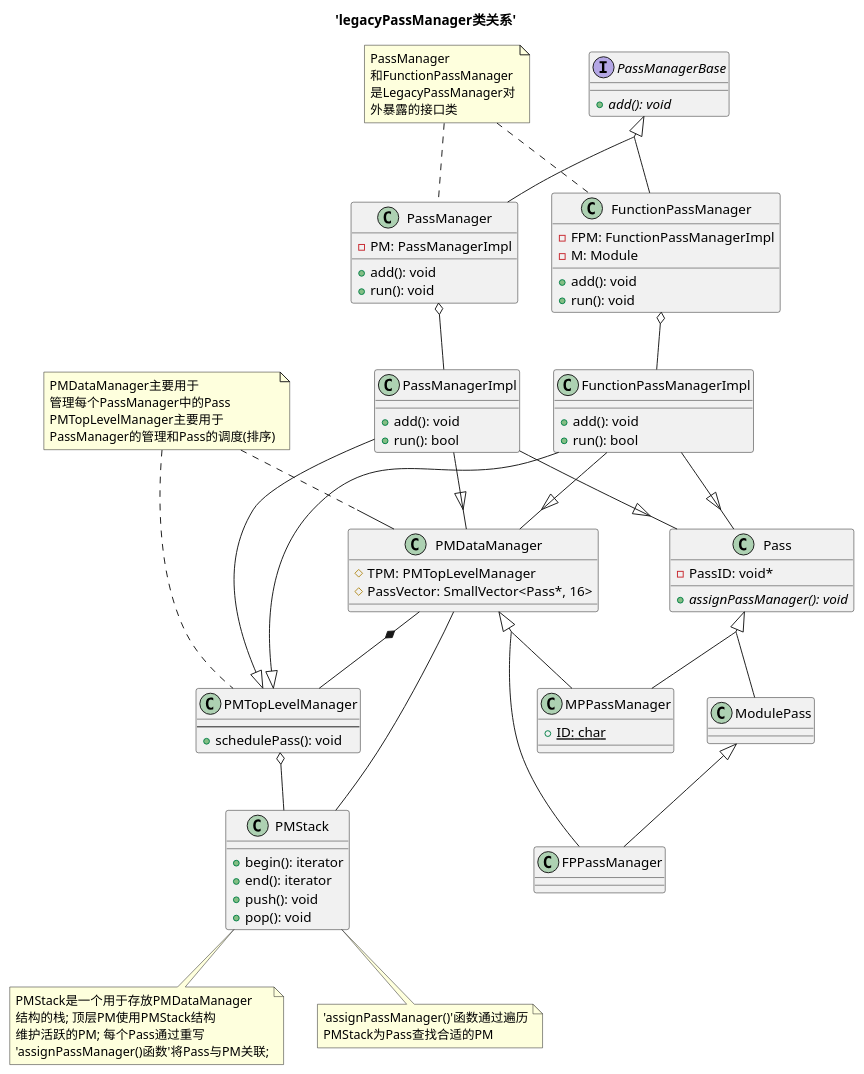
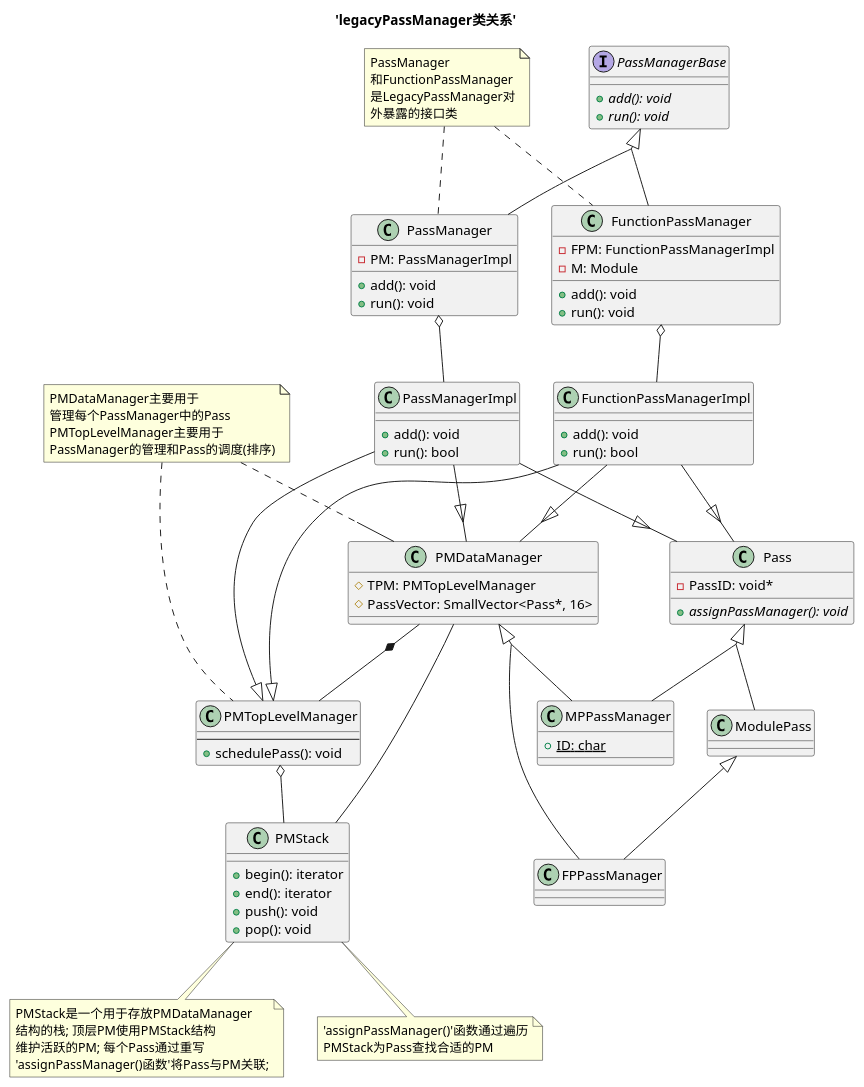
Before and after one commit to Jayson-du/ZPU_summary: the diagram in chapter_2/plantuml/inheritance.wsd, drawn with PlantUML. The commit also changed 1 other file, not shown here.

```diff
--- a/chapter_2/plantuml/inheritance.wsd
+++ b/chapter_2/plantuml/inheritance.wsd
@@ -1,165 +1,166 @@
 @startuml
 
 title 'legacyPassManager类关系'
 
 skinparam groupInheritance 2
 
 top to bottom direction
 
 ' 类定义
 
 ' Pass管理器抽象接口
 interface PassManagerBase {
   {abstract} +add(): void
+  {abstract} +run(): void
 }
 
 together {
 
   ' legacy PassManager管理FunctionPass
   class FunctionPassManager {
     + add(): void
     + run(): void
     - FPM: FunctionPassManagerImpl
     - M: Module
   }
 
   ' legacy PassManager管理ModulePassManager
   class PassManager {
     + add(): void
     + run(): void
     - PM: PassManagerImpl
   }
 
 }
 
 together {
 
   class PassManagerImpl {
     + add(): void
     + run(): bool
   }
 
   class FunctionPassManagerImpl {
     + add(): void
     + run(): bool
   }
 
 }
 
 
 ' -----*------
 together {
 
   class PMStack {
     + begin(): iterator
     + end(): iterator
     + push(): void
     + pop(): void
   }
 
   class PMDataManager {
     # TPM: PMTopLevelManager
     # PassVector: SmallVector<Pass*, 16>
   }
 
   class PMTopLevelManager {
     ' # PassManagers: SmallVector
     ' - IndirectPassManagers: SmallVector
     ' - LastUser: DenseMap
     ' - InversedLastUser: DenseMap
     ' - ImmutablePasses: SmallVector
     ' - ImmutablePassMap: SmallVector
     ' + activeStack: PMStack
     ----
     + schedulePass(): void
     ' + findAnalysisPassInfo(): PassInfo
     ' + findAnalysisUsage(): AnalysisUsage
   }
 
 }
 
 class Pass {
   - PassID: void*
   {abstract} + assignPassManager(): void
 }
 
 together {
 
   class ModulePass {
 
   }
 
   class FPPassManager {
 
   }
 
 }
 
 class MPPassManager {
   {static} + ID: char
 }
 
 
 ' *****************
 ' ***** 类关系 *****
 ' *****************
 
 ' PassManagerBase类关系
 PassManagerBase                     <|-down-                  PassManager
 PassManagerBase                     <|-down-                  FunctionPassManager
 
 ' PassManager类关系
 PassManager                         o-down-                   PassManagerImpl
 
 ' PassManagerImpl类关系
 PassManagerImpl                     -down-|>                  PMTopLevelManager
 PassManagerImpl                     -down-|>                  PMDataManager
 PassManagerImpl                     -down-|>                  Pass
 
 ' FunctionPassManager类关系
 FunctionPassManager                 o-down-                   FunctionPassManagerImpl
 
 ' FunctionPassManagerImpl类关系
 FunctionPassManagerImpl             -down-|>                  PMTopLevelManager
 FunctionPassManagerImpl             -down-|>                  PMDataManager
 FunctionPassManagerImpl             -down-|>                  Pass
 
 ' PMTopLevelManager类关系
 PMTopLevelManager                   o-down-                   PMStack
 
 ' PMDataManager类关系
 PMDataManager                       -                         PMStack
 
 ' PMTopLevelManager与PMDataManager之间的关系
 PMDataManager                       *--                       PMTopLevelManager
 
 ' ModulePass类关系
 ModulePass                          -up-|>                    Pass
 
 ' FPPassManager类关系
 FPPassManager                       -up-|>                    PMDataManager
 FPPassManager                       -up-|>                    ModulePass
 
 ' MPPassManger类关系
 MPPassManager                       -up-|>                    Pass
 MPPassManager                       -up-|>                    PMDataManager
 
 ' ***** 注释 *****
 note "PassManager\n和FunctionPassManager\n是LegacyPassManager对\n外暴露的接口类" as export_interface
 
 note "PMDataManager主要用于\n管理每个PassManager中的Pass\nPMTopLevelManager主要用于\nPassManager的管理和Pass的调度(排序)" as pm_effect
 
 note "PMStack是一个用于存放PMDataManager\n结构的栈; 顶层PM使用PMStack结构\n维护活跃的PM; 每个Pass通过重写\n'assignPassManager()函数'将Pass与PM关联;" as pmstack_spec_0
 note "'assignPassManager()'函数通过遍历\nPMStack为Pass查找合适的PM" as pmstack_spec_1
 
 ' ***** 注释 *****
 PassManager                       .up.                        export_interface
 FunctionPassManager               .up.                        export_interface
 
 PMDataManager                     .up.                        pm_effect
 PMTopLevelManager                 .up.                        pm_effect
 
 PMStack                           ..                          pmstack_spec_0
 PMStack                           ..                          pmstack_spec_1
 
 @enduml
```
